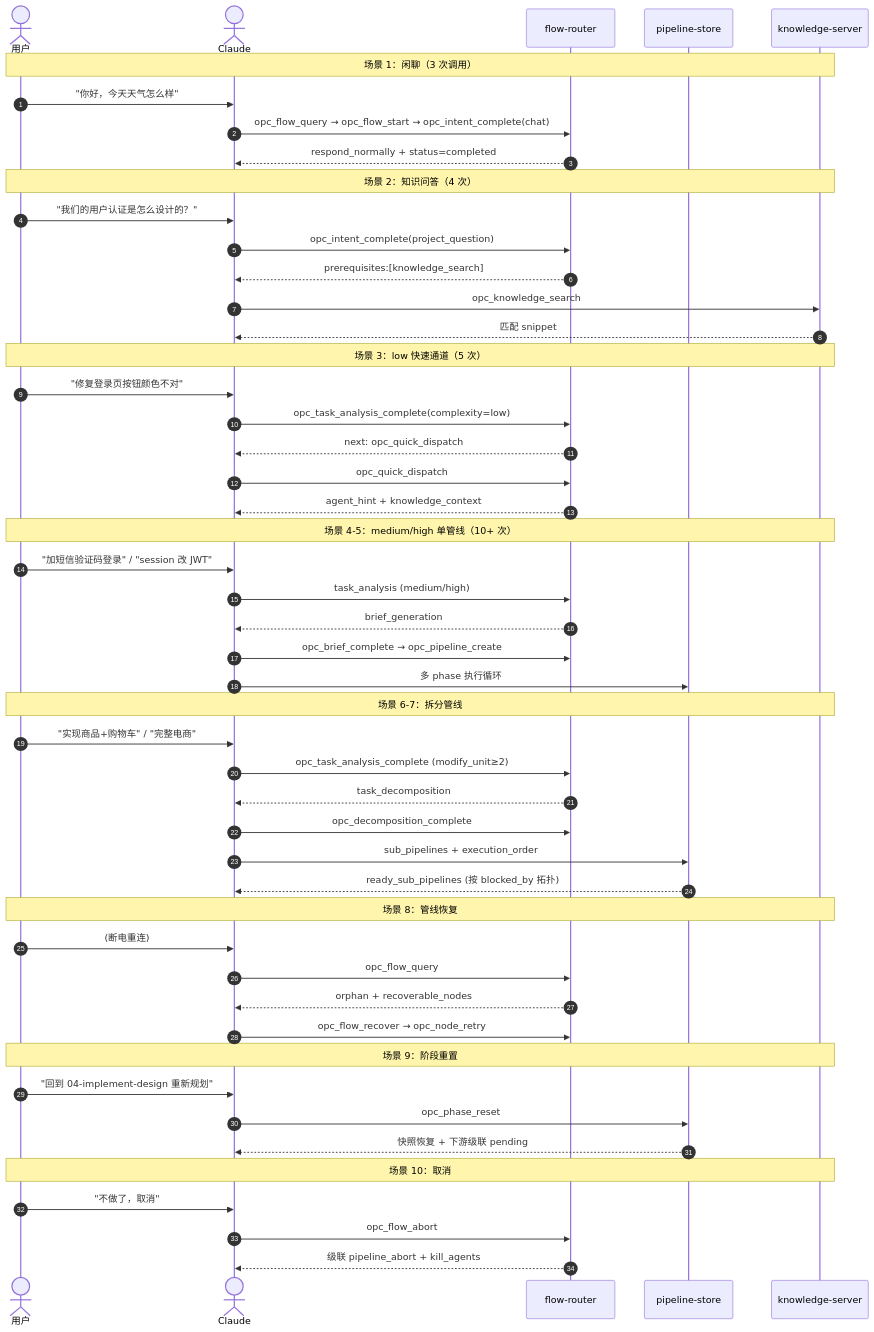
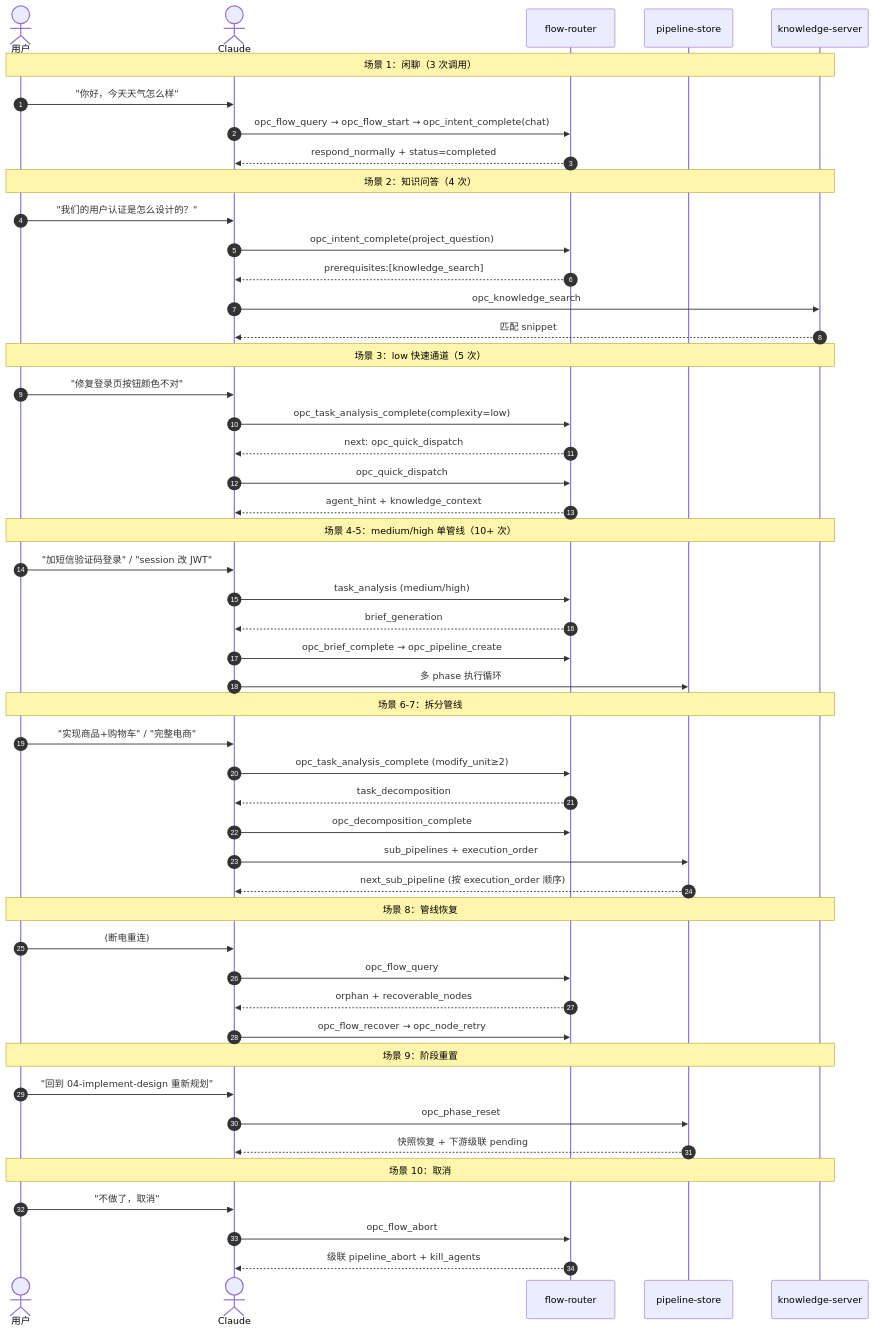
One commit to CaffeineOddity/opc-marketplace changed the first of 2 diagrams in doc/feature/04-e2e/02-test/00_overview.md. Above: the diagram before and after it, drawn with Mermaid. The commit also changed other lines of this file and 46 other files, not shown here.

First line of the commit message:
docs: add reflection call-sequence contract + three-server seam matrix, align flow tools

````diff
--- a/doc/feature/04-e2e/02-test/00_overview.md
+++ b/doc/feature/04-e2e/02-test/00_overview.md
@@ -13,59 +13,59 @@
 ```mermaid
 sequenceDiagram
     autonumber
     actor U as 用户
     actor C as Claude
     participant F as flow-router
     participant P as pipeline-store
     participant KS as knowledge-server
 
     Note over U,KS: 场景 1：闲聊（3 次调用）
     U->>C: "你好，今天天气怎么样"
     C->>F: opc_flow_query → opc_flow_start → opc_intent_complete(chat)
     F-->>C: respond_normally + status=completed
 
     Note over U,KS: 场景 2：知识问答（4 次）
     U->>C: "我们的用户认证是怎么设计的？"
     C->>F: opc_intent_complete(project_question)
     F-->>C: prerequisites:[knowledge_search]
     C->>KS: opc_knowledge_search
     KS-->>C: 匹配 snippet
 
     Note over U,KS: 场景 3：low 快速通道（5 次）
     U->>C: "修复登录页按钮颜色不对"
     C->>F: opc_task_analysis_complete(complexity=low)
     F-->>C: next: opc_quick_dispatch
     C->>F: opc_quick_dispatch
     F-->>C: agent_hint + knowledge_context
 
     Note over U,KS: 场景 4-5：medium/high 单管线（10+ 次）
     U->>C: "加短信验证码登录" / "session 改 JWT"
     C->>F: task_analysis (medium/high)
     F-->>C: brief_generation
     C->>F: opc_brief_complete → opc_pipeline_create
     C->>P: 多 phase 执行循环
 
     Note over U,KS: 场景 6-7：拆分管线
     U->>C: "实现商品+购物车" / "完整电商"
     C->>F: opc_task_analysis_complete (modify_unit≥2)
     F-->>C: task_decomposition
     C->>F: opc_decomposition_complete
     C->>P: sub_pipelines + execution_order
-    P-->>C: ready_sub_pipelines (按 blocked_by 拓扑)
+    P-->>C: next_sub_pipeline (按 execution_order 顺序)
 
     Note over U,KS: 场景 8：管线恢复
     U->>C: (断电重连)
     C->>F: opc_flow_query
     F-->>C: orphan + recoverable_nodes
     C->>F: opc_flow_recover → opc_node_retry
 
     Note over U,KS: 场景 9：阶段重置
     U->>C: "回到 04-implement-design 重新规划"
     C->>P: opc_phase_reset
     P-->>C: 快照恢复 + 下游级联 pending
 
     Note over U,KS: 场景 10：取消
     U->>C: "不做了，取消"
     C->>F: opc_flow_abort
     F-->>C: 级联 pipeline_abort + kill_agents
 ```
````
